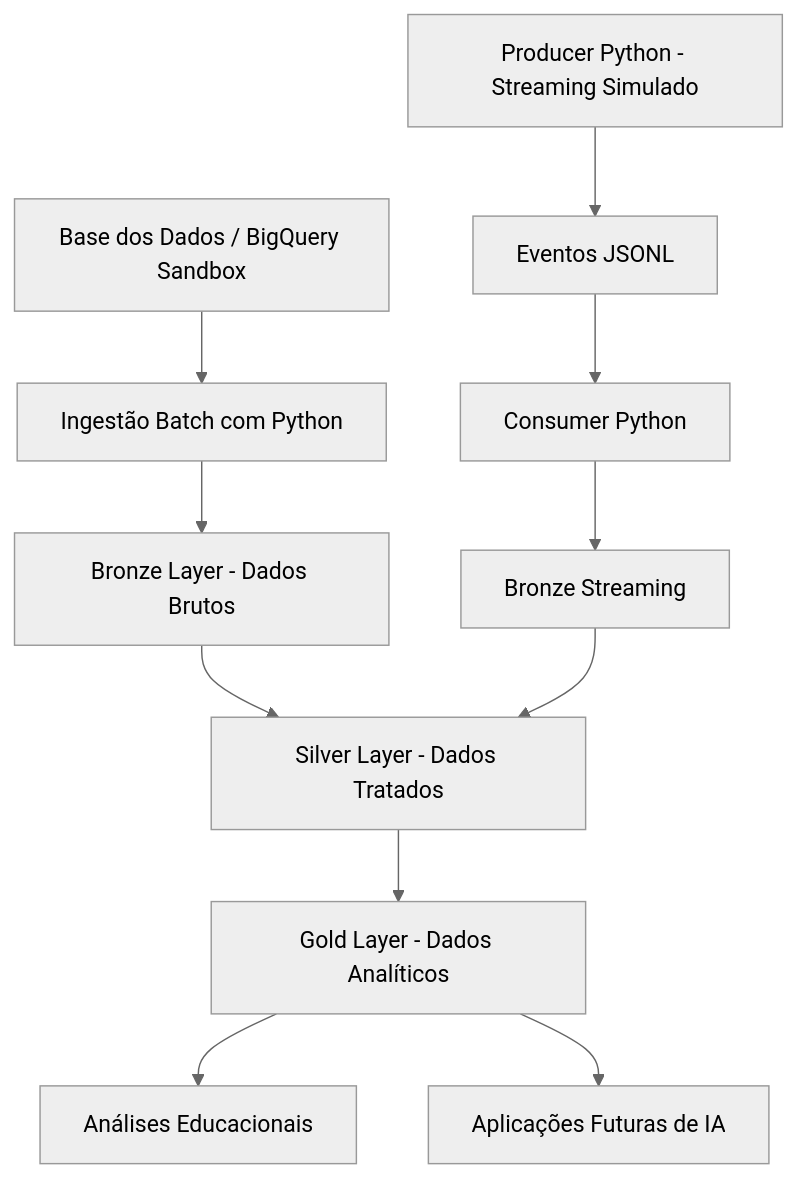
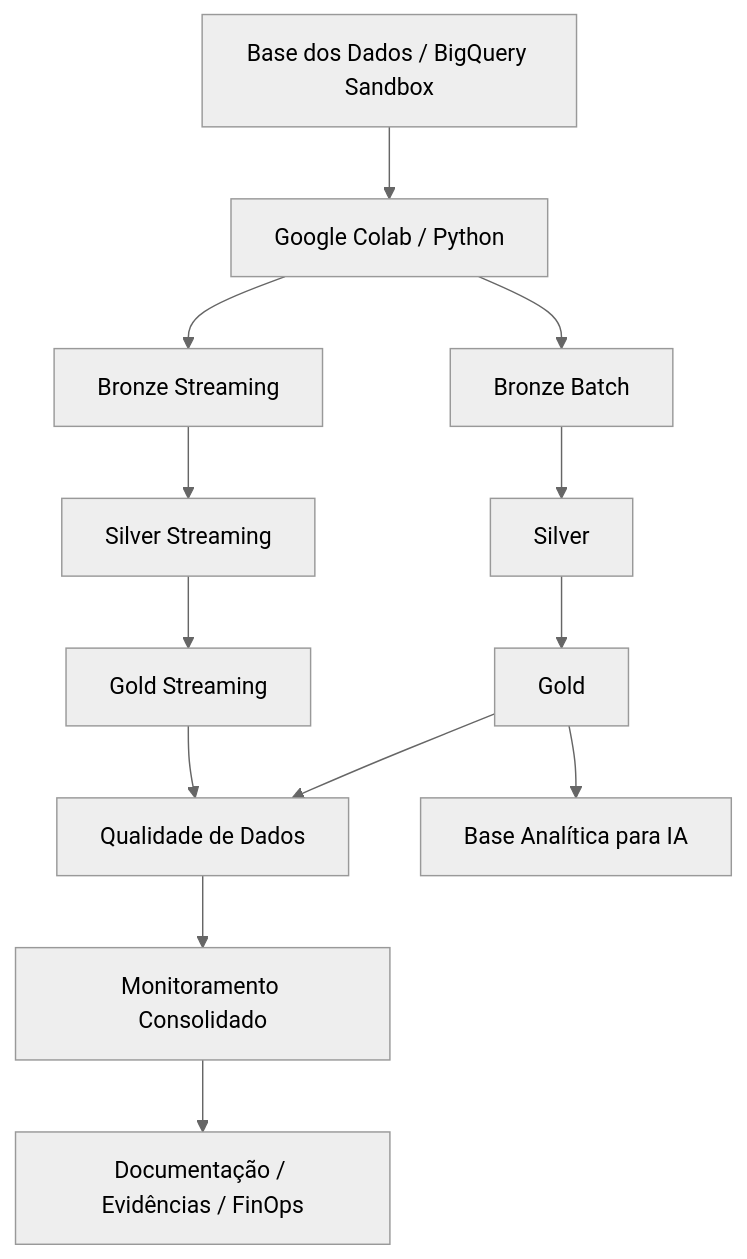
The first of 3 diagrams in README.md (acorrea79/techchallenge-fase2-pipeline-alfabetizacao), drawn with Mermaid (neutral theme) before and after one commit. The commit also changed other lines of this file and 2 other files, not shown here.

Commit message:
update final readme and architecture documentation

````diff
--- a/README.md
+++ b/README.md
@@ -62,14 +69,21 @@
 ```mermaid
 flowchart TD
-    A[Base dos Dados / BigQuery Sandbox] --> B[Ingestão Batch com Python]
-    B --> C[Bronze Layer - Dados Brutos]
-    C --> D[Silver Layer - Dados Tratados]
-    D --> E[Gold Layer - Dados Analíticos]
-    E --> F[Análises Educacionais]
-    E --> G[Aplicações Futuras de IA]
+    A[Base dos Dados / BigQuery Sandbox] --> B[Google Colab / Python]
 
-    H[Producer Python - Streaming Simulado] --> I[Eventos JSONL]
-    I --> J[Consumer Python]
-    J --> K[Bronze Streaming]
-    K --> D
+    B --> C[Bronze Batch]
+    B --> D[Bronze Streaming]
+
+    C --> E[Silver]
+    D --> F[Silver Streaming]
+
+    E --> G[Gold]
+    F --> H[Gold Streaming]
+
+    G --> I[Qualidade de Dados]
+    H --> I
+
+    I --> J[Monitoramento Consolidado]
+    J --> K[Documentação / Evidências / FinOps]
+
+    G --> L[Base Analítica para IA]
 ```
````
